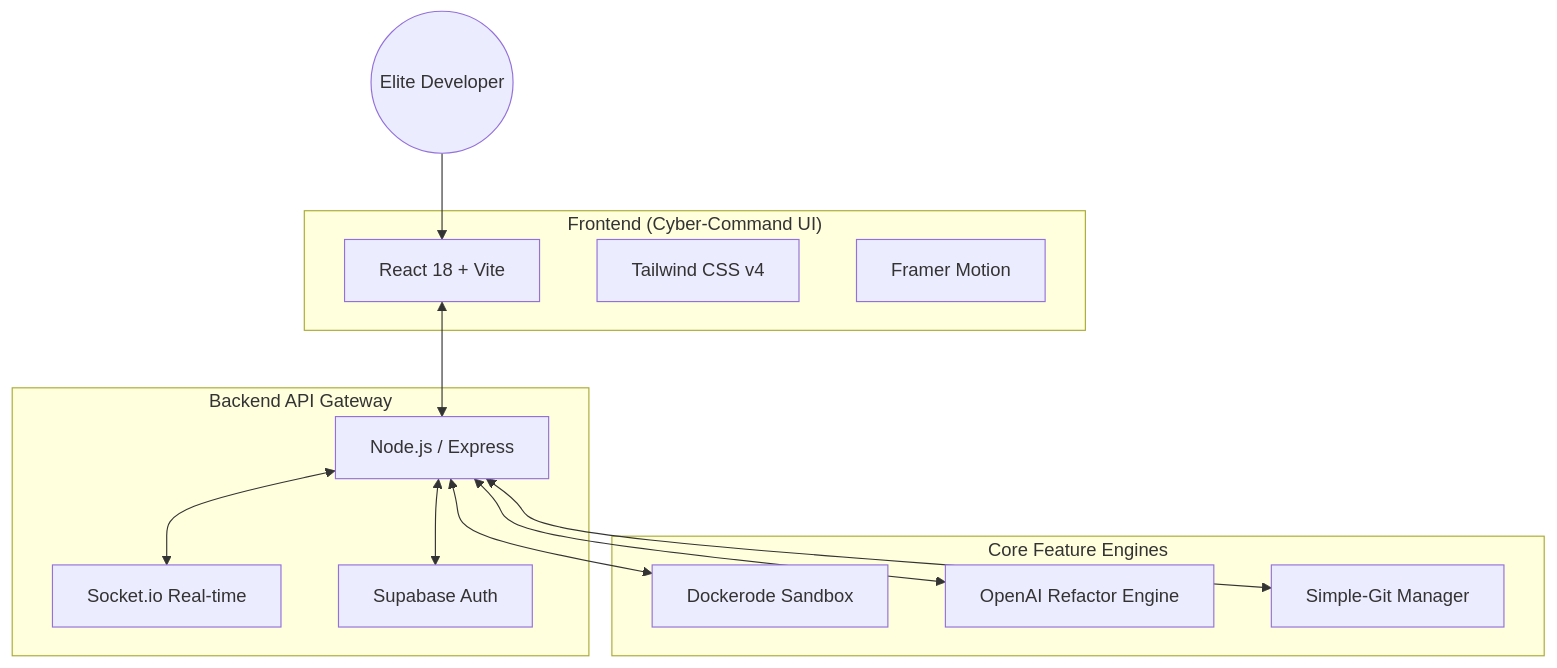
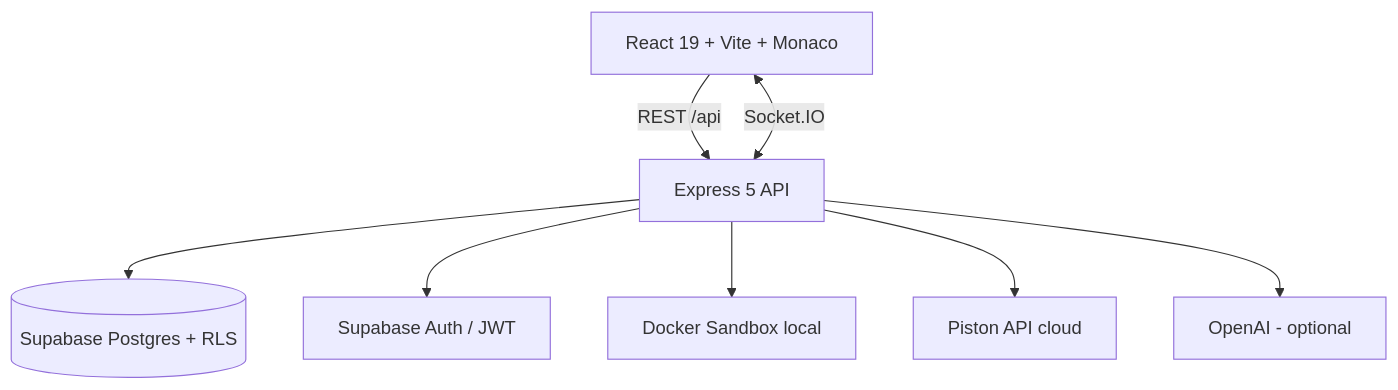
One commit to bansal1806/DevForge changed the diagram in README.md. Above: the diagram before and after it, drawn with Mermaid. The commit also changed other lines of this file and 7 other files, not shown here.

````diff
--- a/README.md
+++ b/README.md
@@ -13,30 +22,10 @@
 ```mermaid
 graph TD
-    User((Elite Developer))
-    
-    subgraph Frontend ["Frontend (Cyber-Command UI)"]
-        UI[React 18 + Vite]
-        Style[Tailwind CSS v4]
-        Anim[Framer Motion]
-    end
-
-    subgraph Backend ["Backend API Gateway"]
-        API[Node.js / Express]
-        Socket[Socket.io Real-time]
-        Auth[Supabase Auth]
-    end
-
-    subgraph Engines ["Core Feature Engines"]
-        Docker[Dockerode Sandbox]
-        AI[OpenAI Refactor Engine]
-        Git[Simple-Git Manager]
-    end
-
-    User --> UI
-    UI <--> API
-    API <--> Socket
-    API <--> Docker
-    API <--> AI
-    API <--> Git
-    API <--> Auth
+    UI[React 19 + Vite + Monaco] -->|REST /api| API[Express 5 API]
+    UI <-->|Socket.IO| API
+    API --> DB[(Supabase Postgres + RLS)]
+    API --> Auth[Supabase Auth / JWT]
+    API --> Sandbox[Docker Sandbox local]
+    API --> Piston[Piston API cloud]
+    API --> AI[OpenAI - optional]
 ```
````
